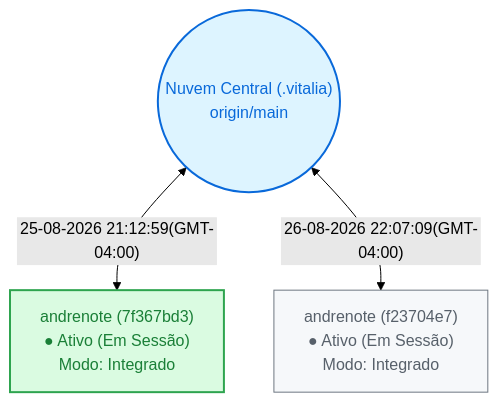
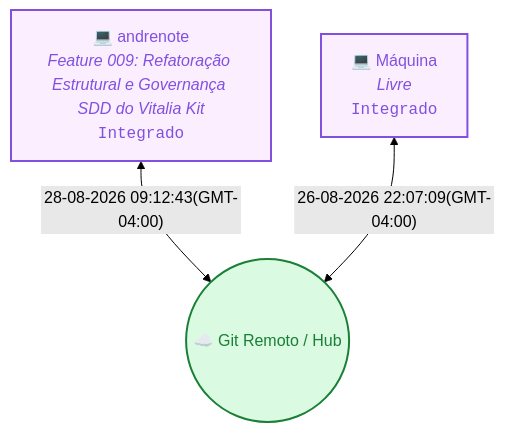
Before and after one commit to vitalia-platform/agente-local-context: the diagram in README.md, drawn with Mermaid (forest theme). The commit also changed other lines of this file and 12 other files, not shown here.

````diff
--- a/README.md
+++ b/README.md
@@ -20,14 +20,11 @@
 ```mermaid
 flowchart TD
-  Cloud(("Nuvem Central (.vitalia)<br/>origin/main"))
-  M_7f367bd3["andrenote (7f367bd3)<br/>● Ativo (Em Sessão)<br/>Modo: Integrado"]
-  M_f23704e7["andrenote (f23704e7)<br/>● Ativo (Em Sessão)<br/>Modo: Integrado"]
-
-  Cloud <-->|"25-08-2026 21:12:59(GMT-04:00)"| M_7f367bd3
-  Cloud <-->|"26-08-2026 22:07:09(GMT-04:00)"| M_f23704e7
-
-  style Cloud stroke:#0969da,stroke-width:2px,fill:#ddf4ff,color:#0969da
-  style M_7f367bd3 stroke:#2ea44f,stroke-width:2px,fill:#dafbe1,color:#1a7f37
-  style M_f23704e7 stroke:#6e7781,stroke-width:1px,fill:#f6f8fa,color:#57606a
-
+  Cloud(("☁️ Git Remoto / Hub"))
+  M_7f367bd3["💻 andrenote<br/><i>Feature 009: Refatoração Estrutural e Governança SDD do Vitalia Kit</i><br/><code>Integrado</code>"]
+  M_7f367bd3 <-->|"28-08-2026 09:12:43(GMT-04:00)"| Cloud
+  style M_7f367bd3 stroke:#8250df,stroke-width:2px,fill:#fbefff,color:#8250df
+  M_f23704e7["💻 Máquina<br/><i>Livre</i><br/><code>Integrado</code>"]
+  M_f23704e7 <-->|"26-08-2026 22:07:09(GMT-04:00)"| Cloud
+  style M_f23704e7 stroke:#8250df,stroke-width:2px,fill:#fbefff,color:#8250df
+  style Cloud stroke:#1a7f37,stroke-width:2px,fill:#dafbe1,color:#1a7f37
 ```
````
